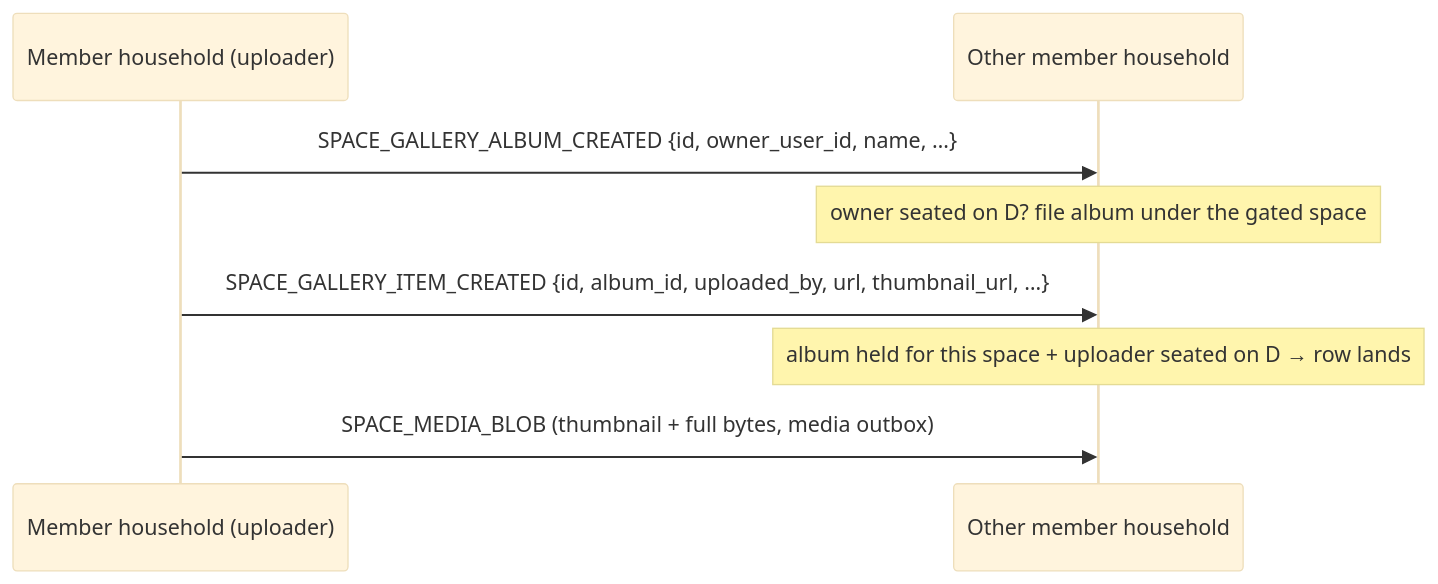
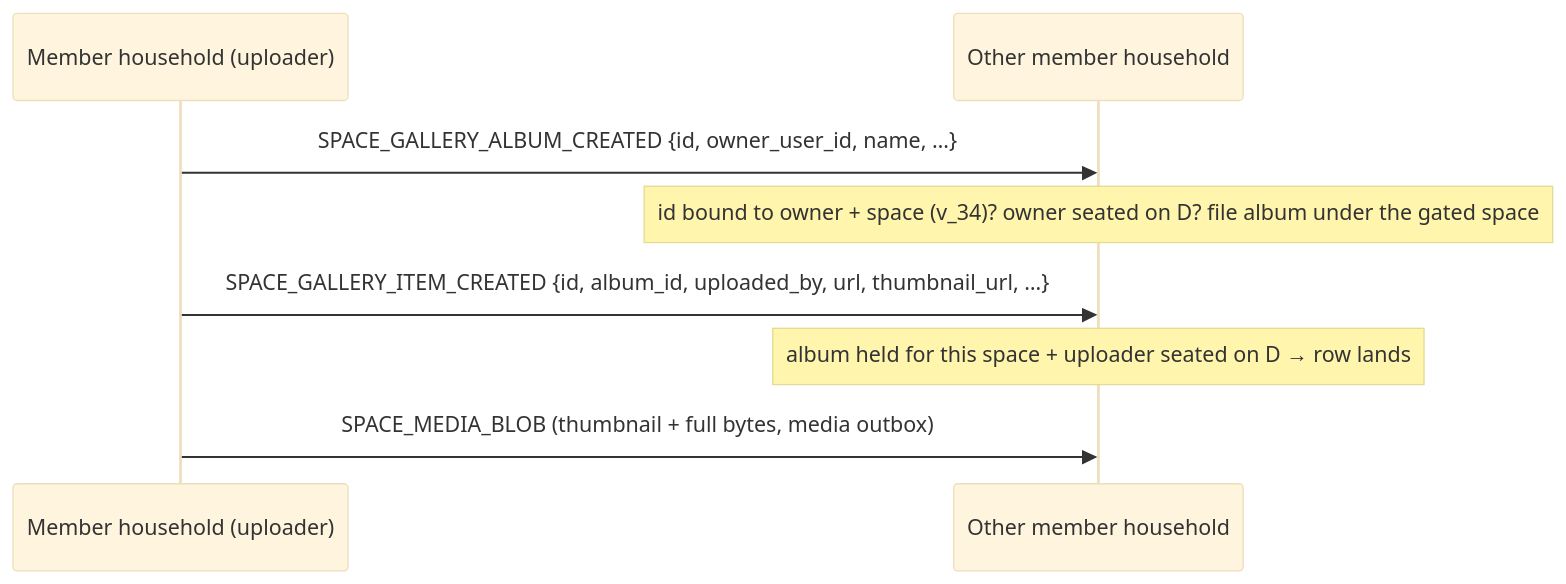
The first of 13 diagrams in docs/protocol/spaces.md (social-home-io/socialhome), drawn with Mermaid (base theme) before and after one commit. The commit also changed other lines of this file and 19 other files, not shown here.

````diff
--- a/docs/protocol/spaces.md
+++ b/docs/protocol/spaces.md
@@ -133,10 +152,10 @@
 ```mermaid
 sequenceDiagram
     participant D as Member household (uploader)
     participant C as Other member household
     D->>C: SPACE_GALLERY_ALBUM_CREATED {id, owner_user_id, name, …}
-    Note over C: owner seated on D? file album under the gated space
+    Note over C: id bound to owner + space (v_34)? owner seated on D? file album under the gated space
     D->>C: SPACE_GALLERY_ITEM_CREATED {id, album_id, uploaded_by, url, thumbnail_url, …}
     Note over C: album held for this space + uploader seated on D → row lands
     D->>C: SPACE_MEDIA_BLOB (thumbnail + full bytes, media outbox)
 ```
````
